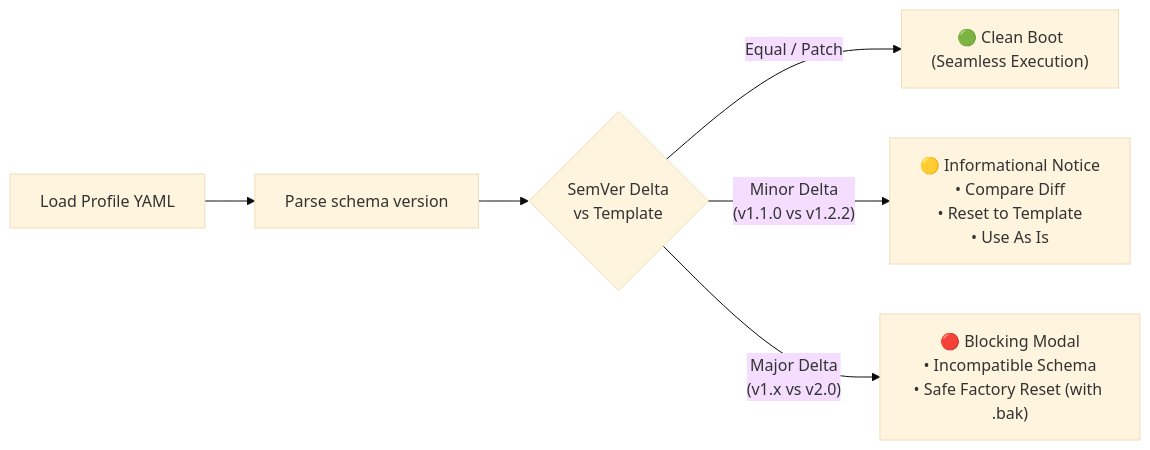
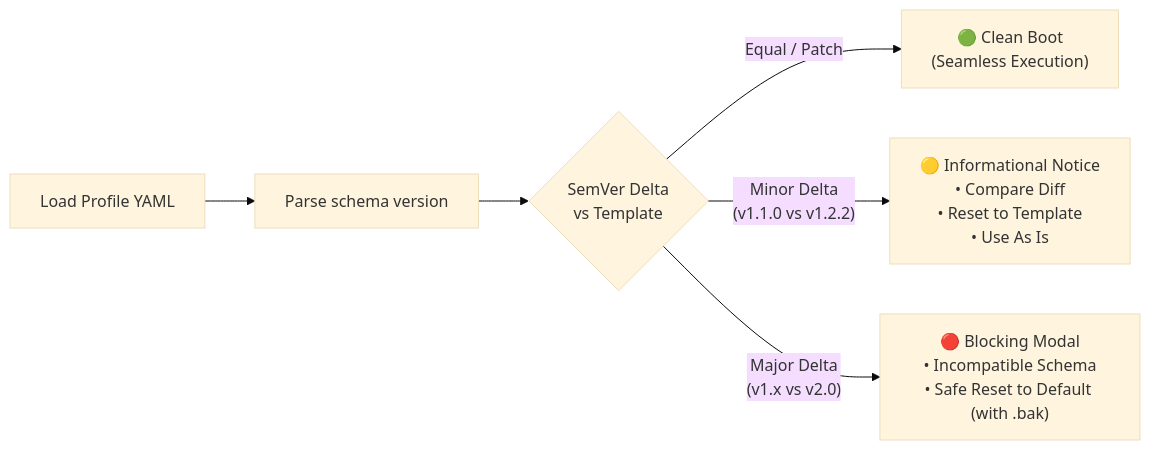
Before and after one commit to dixieflatline76/nacho-flow: the diagram in docs/EXTENSION_USER_GUIDE.md, drawn with Mermaid (base theme). The commit also changed other lines of this file and 17 other files, not shown here.

````diff
--- a/docs/EXTENSION_USER_GUIDE.md
+++ b/docs/EXTENSION_USER_GUIDE.md
@@ -153,8 +153,8 @@
 ```mermaid
 flowchart LR
     LoadProfile["Load Profile YAML"] --> ParseVer["Parse schema version"]
     ParseVer --> Compare{"SemVer Delta<br/>vs Template"}
     Compare -- "Equal / Patch" --> CleanBoot["🟢 Clean Boot<br/>(Seamless Execution)"]
     Compare -- "Minor Delta<br/>(v1.1.0 vs v1.2.2)" --> MinorAlert["🟡 Informational Notice<br/>• Compare Diff<br/>• Reset to Template<br/>• Use As Is"]
-    Compare -- "Major Delta<br/>(v1.x vs v2.0)" --> MajorAlert["🔴 Blocking Modal<br/>• Incompatible Schema<br/>• Safe Factory Reset (with .bak)"]
+    Compare -- "Major Delta<br/>(v1.x vs v2.0)" --> MajorAlert["🔴 Blocking Modal<br/>• Incompatible Schema<br/>• Safe Reset to Default (with .bak)"]
 ```
````
